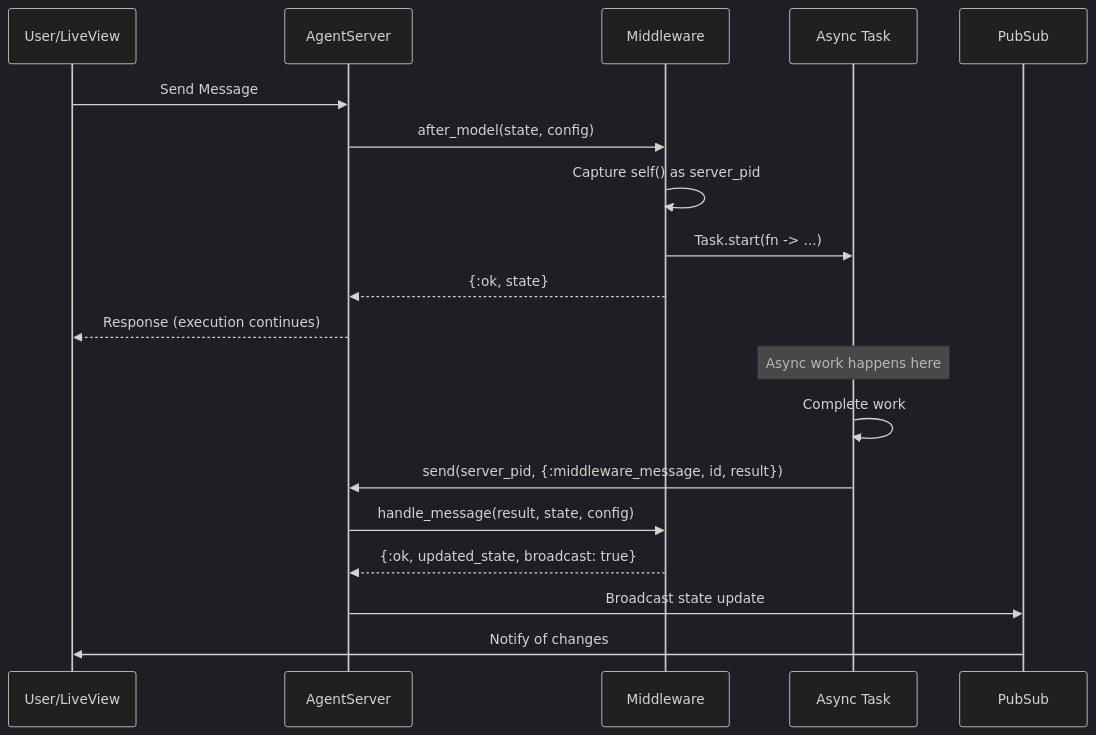
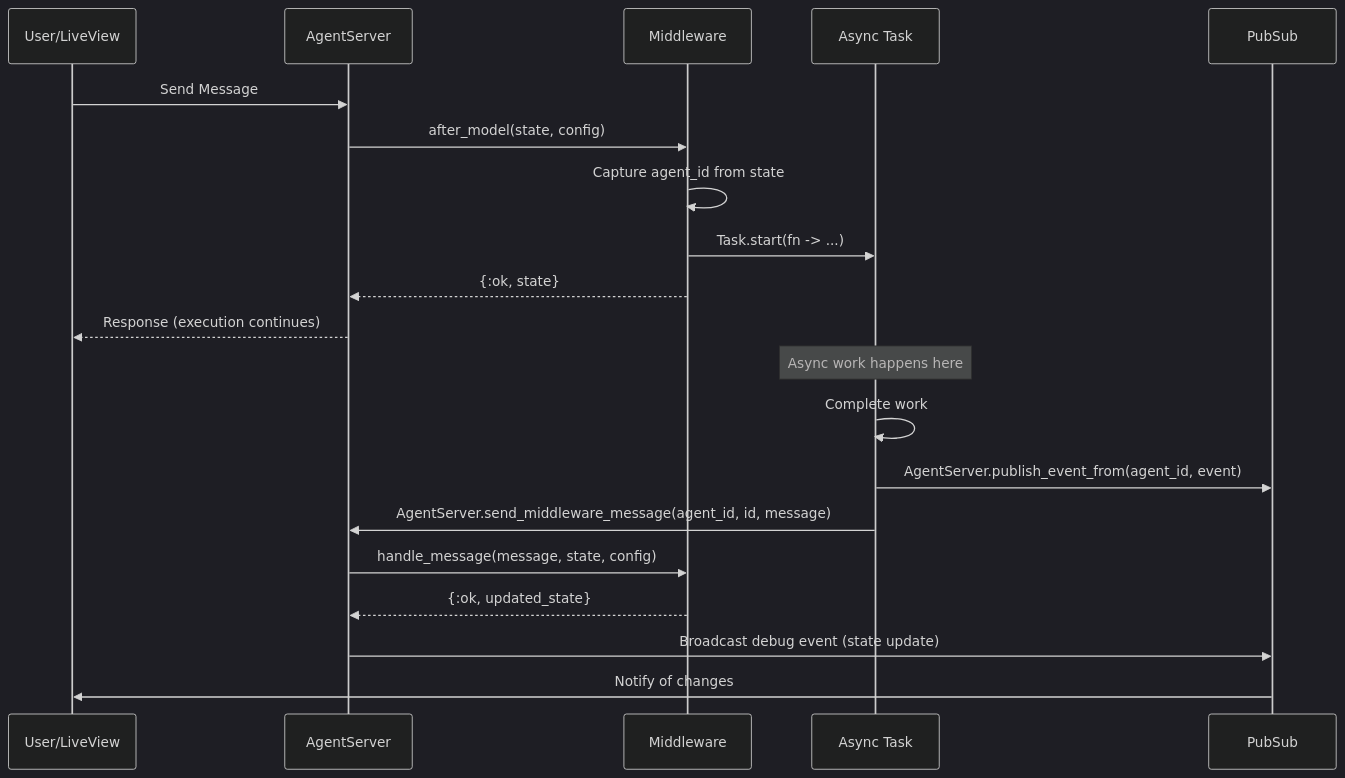
One commit to sagents-ai/sagents changed the first of 2 diagrams in docs/middleware_messaging.md. Above: the diagram before and after it, drawn with Mermaid (dark theme). The commit also changed other lines of this file, not shown here.

Commit message:
updated middleware guide doc

````diff
--- a/docs/middleware_messaging.md
+++ b/docs/middleware_messaging.md
@@ -36,24 +36,25 @@
 ```mermaid
 sequenceDiagram
     participant U as User/LiveView
     participant AS as AgentServer
     participant M as Middleware
     participant T as Async Task
     participant PS as PubSub
 
     U->>AS: Send Message
     AS->>M: after_model(state, config)
-    M->>M: Capture self() as server_pid
+    M->>M: Capture agent_id from state
     M->>T: Task.start(fn -> ...)
     M-->>AS: {:ok, state}
     AS-->>U: Response (execution continues)
 
     Note over T: Async work happens here
 
     T->>T: Complete work
-    T->>AS: send(server_pid, {:middleware_message, id, result})
-    AS->>M: handle_message(result, state, config)
-    M-->>AS: {:ok, updated_state, broadcast: true}
-    AS->>PS: Broadcast state update
+    T->>PS: AgentServer.publish_event_from(agent_id, event)
+    T->>AS: AgentServer.send_middleware_message(agent_id, id, message)
+    AS->>M: handle_message(message, state, config)
+    M-->>AS: {:ok, updated_state}
+    AS->>PS: Broadcast debug event (state update)
     PS->>U: Notify of changes
 ```
````
